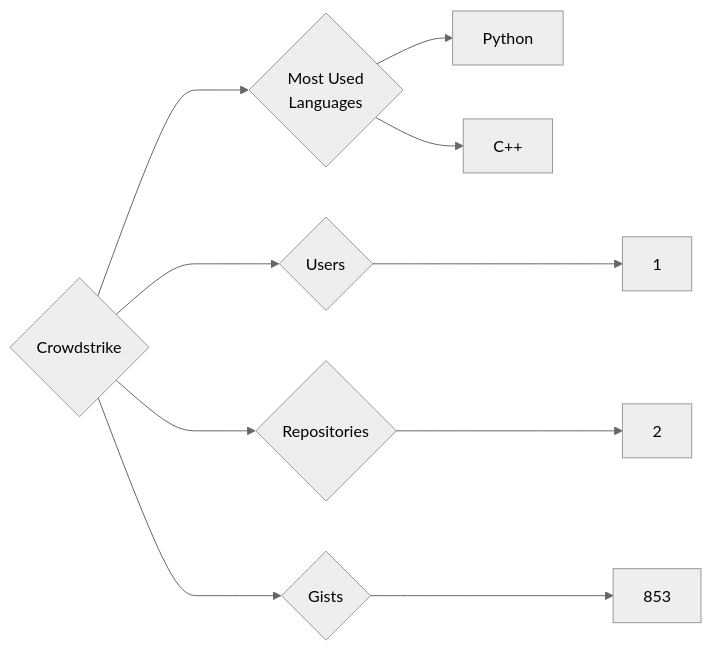
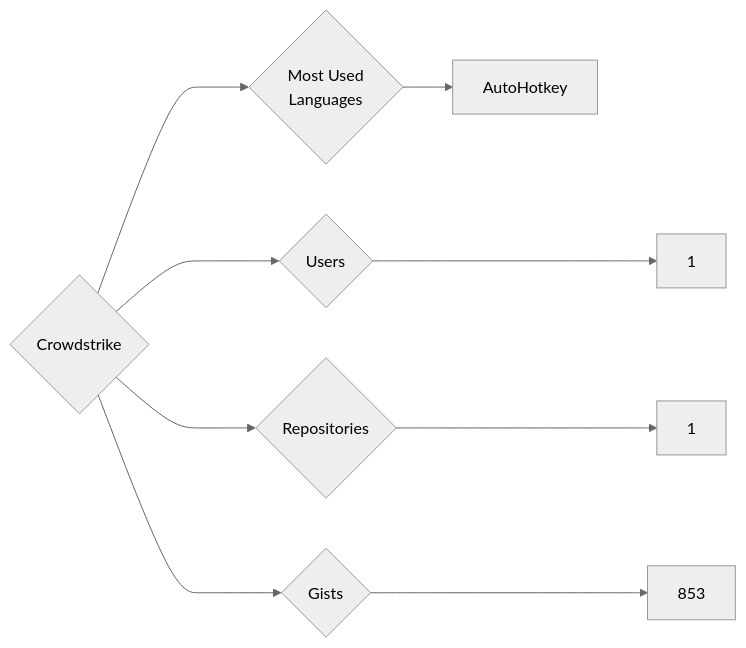
Before and after one commit to trickest/insiders: the diagram in targets/Crowdstrike/README.md, drawn with Mermaid (neutral theme). The commit also changed 873 other files, not shown here.

````diff
--- a/targets/Crowdstrike/README.md
+++ b/targets/Crowdstrike/README.md
@@ -3,10 +3,9 @@
 ```mermaid
 graph LR
 COMPANY_NAME{Crowdstrike}
 COMPANY_NAME ---> U{Users} ---> UN[1]
-COMPANY_NAME ---> R{Repositories} ---> RN[2]
+COMPANY_NAME ---> R{Repositories} ---> RN[1]
 COMPANY_NAME ---> G{Gists} ---> GN[853]
 COMPANY_NAME ---> ML{Most Used<br>Languages}
-ML --> Python[Python]
-ML --> C++[C++]
+ML --> AutoHotkey[AutoHotkey]
 ```
````
